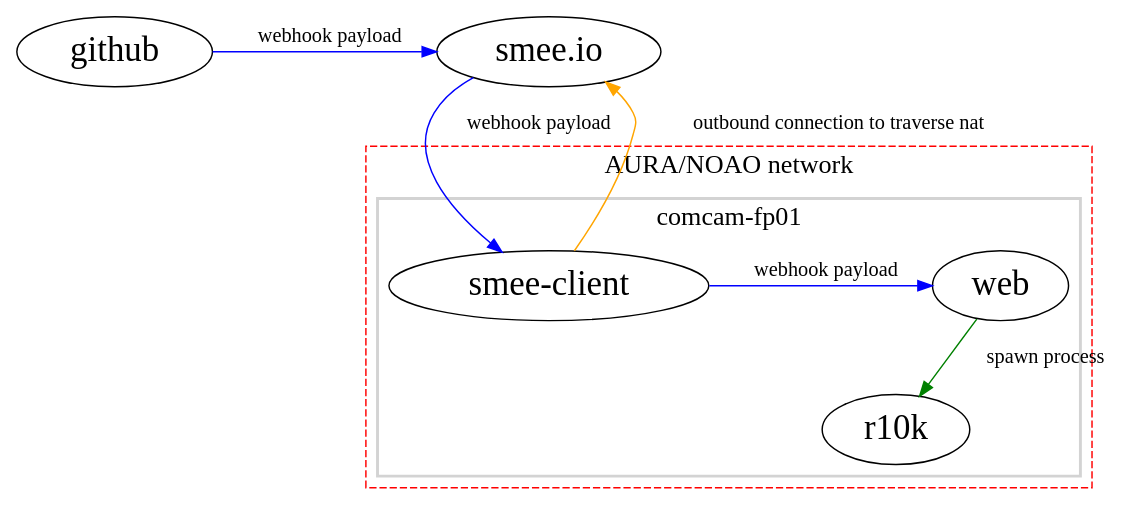
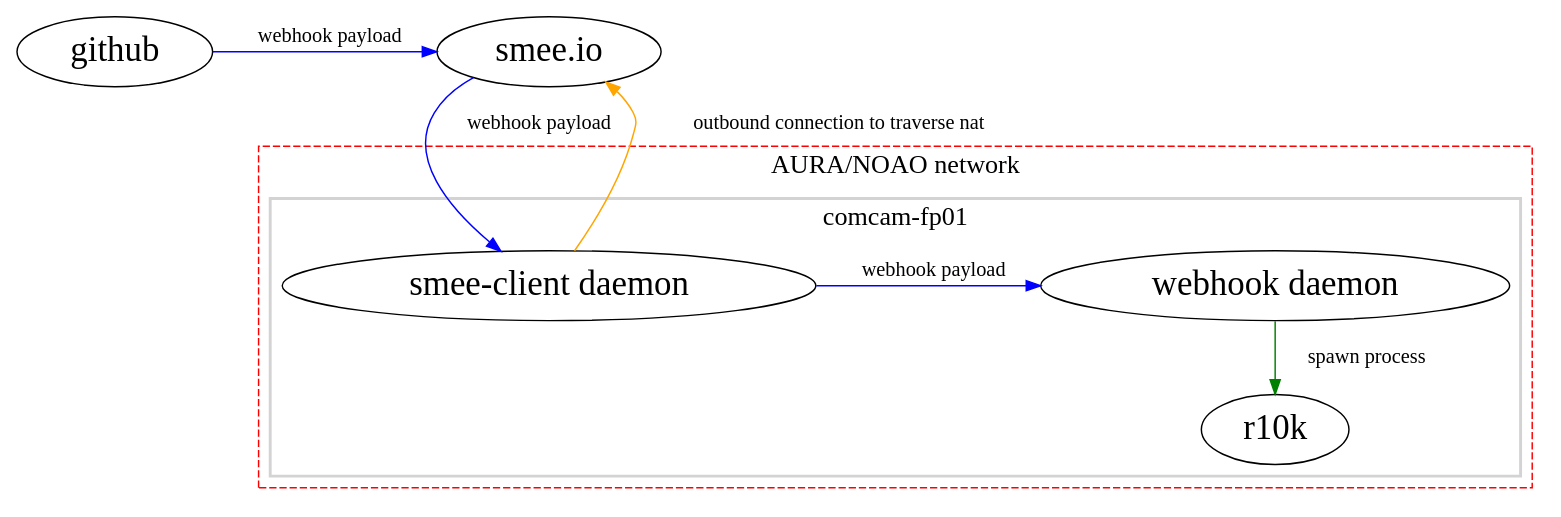
The diagram in _static/foreman_smee.dot (LSST-IT/ittn-001), drawn with Graphviz before and after one commit. The commit also changed 1 other file, not shown here.

Commit message:
improve r10k graph labels

```diff
--- a/_static/foreman_smee.dot
+++ b/_static/foreman_smee.dot
@@ -1,56 +1,56 @@
 digraph top {
 //  dpi=100
   ranksep=0.5
   rankdir=TB
   overlap=false
   clusterrank=local
 
   {
     node [shape=ellipse fontsize=24 style=filled fillcolor=white]
     github [label="github"]
     smee [label="smee.io"]
-    smeeclient [label="smee-client"]
-    web [label="web"]
+    smeeclient [label="smee-client daemon"]
+    webhook [label="webhook daemon"]
     r10k [label="r10k"]
   }
 
   subgraph cluster_0 {
     color=red
     fontsize=18
     style=dashed
     label="AURA/NOAO network"
 
     subgraph cluster_1 {
       color=lightgrey
       fontsize=18
       style=bold
       label="comcam-fp01"
 
       smeeclient
-      web
+      webhook
       r10k
       {
         rank=same
         smeeclient
-        web
+        webhook
       }
     }
   }
 
   {
     rank=same
     github
     smee
   }
 
   edge [color=blue]
   github -> smee [label="   webhook payload"]
-  smeeclient -> web [label="   webhook payload"]
+  smeeclient -> webhook [label="   webhook payload"]
   smee -> smeeclient [label="   webhook payload"]
 
   edge [color=orange]
   smeeclient -> smee [label="   outbound connection to traverse nat"]
 
   edge [color=green]
-  web -> r10k [label="   spawn process"]
+  webhook -> r10k [label="   spawn process"]
 }
```
